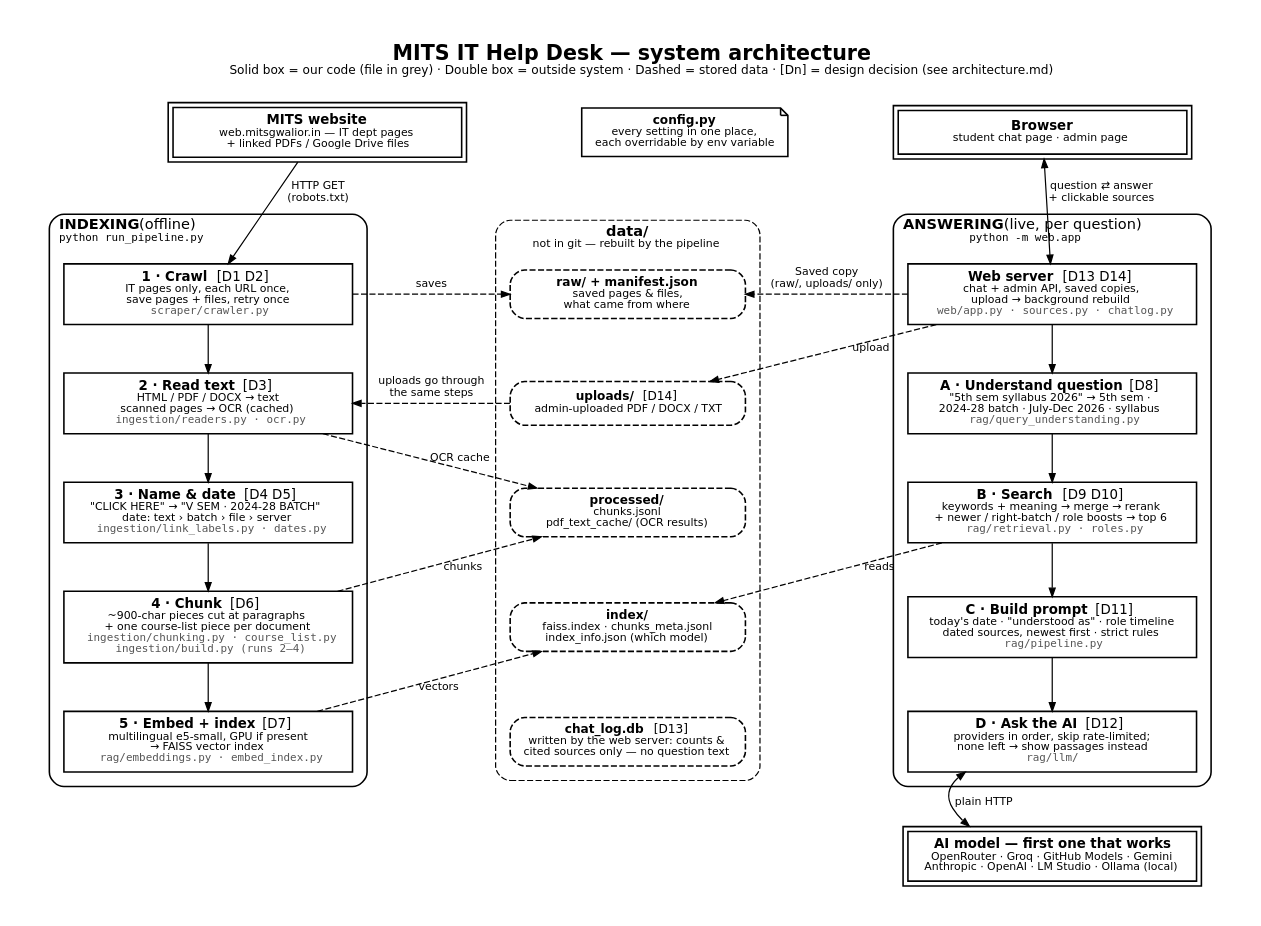
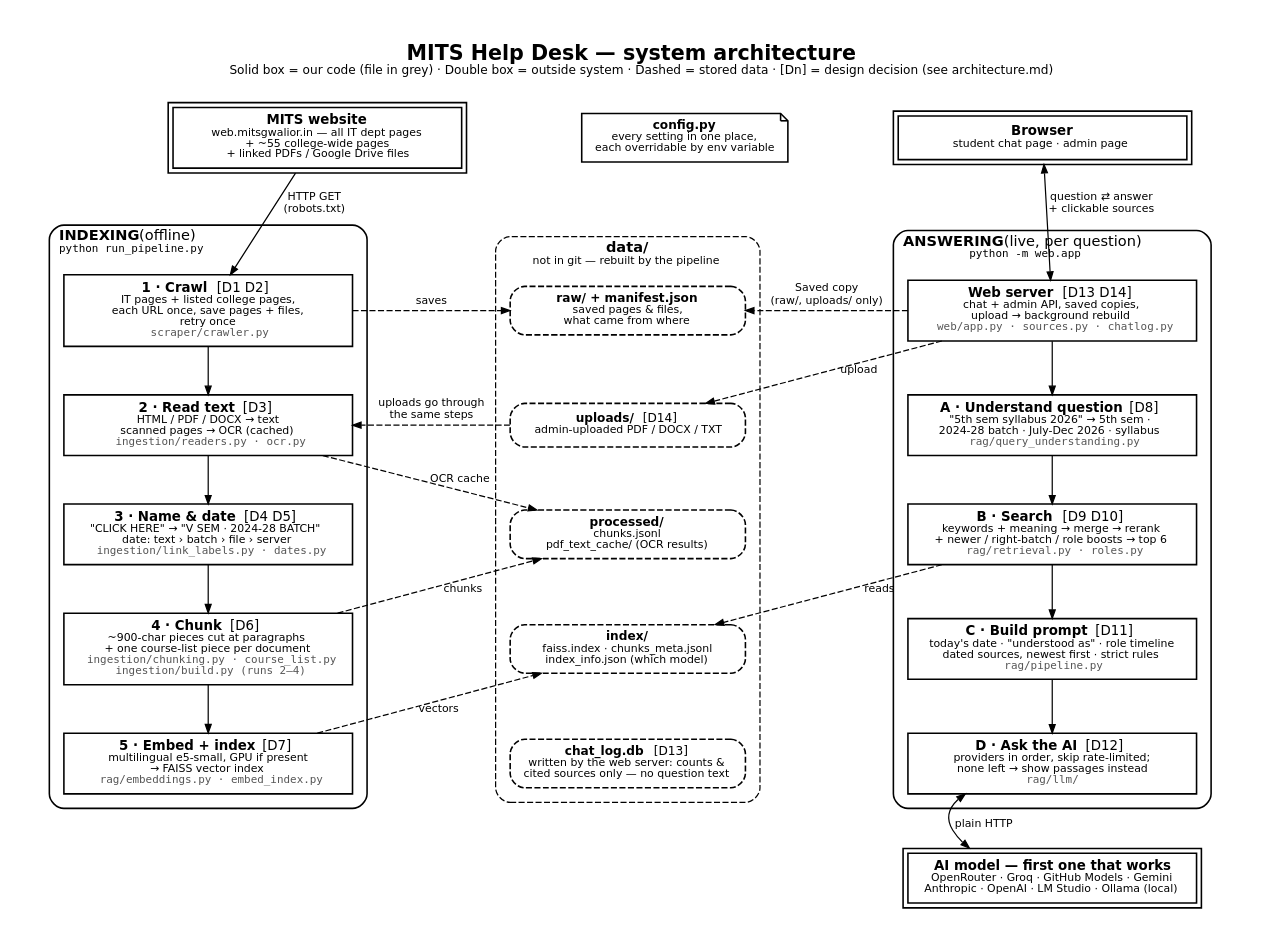
The diagram in docs/architecture/architecture.dot (VaibhavBansa1/Cornerstone-1), drawn with Graphviz before and after one commit. The commit also changed 9 other files, not shown here.

First line of the commit message:
Docs match the build: college-wide scope, D18 (why Python/FAISS, not React/Node/MongoDB/Pinecone), D19 (one session, no accounts), docs/README.md index, old synopsis/slides/diagram moved to docs/archive/

```diff
--- a/docs/architecture/architecture.dot
+++ b/docs/architecture/architecture.dot
@@ -1,81 +1,81 @@
-// System architecture of the MITS IT Help Desk.
+// System architecture of the MITS Help Desk.
 // Render:  dot -Tpng -Gdpi=150 architecture.dot -o architecture.png
 // Read it as three columns: INDEXING (left, offline) fills data/ (middle),
 // ANSWERING (right, live) reads data/. [Dn] = decision, see architecture.md.
 digraph architecture {
   graph [rankdir=TB, fontname="DejaVu Sans", nodesep=0.55, ranksep=0.42, pad=0.35,
          newrank=true, splines=true, bgcolor="white", labelloc=t, fontsize=17,
-         label=<<B>MITS IT Help Desk — system architecture</B><BR/><FONT POINT-SIZE="10">Solid box = our code (file in grey) · Double box = outside system · Dashed = stored data · [Dn] = design decision (see architecture.md)</FONT><BR/> >];
+         label=<<B>MITS Help Desk — system architecture</B><BR/><FONT POINT-SIZE="10">Solid box = our code (file in grey) · Double box = outside system · Dashed = stored data · [Dn] = design decision (see architecture.md)</FONT><BR/> >];
   node  [shape=box, fontname="DejaVu Sans", fontsize=11, color=black, penwidth=1.3,
          style=filled, fillcolor=white, margin="0.15,0.08", width=3.3];
   edge  [fontname="DejaVu Sans", fontsize=9, color=black, arrowsize=0.7];
 
   // ---------- outside systems ----------
-  site      [peripheries=2, label=<<B>MITS website</B><BR/><FONT POINT-SIZE="9">web.mitsgwalior.in — IT dept pages<BR/>+ linked PDFs / Google Drive files</FONT>>];
+  site      [peripheries=2, label=<<B>MITS website</B><BR/><FONT POINT-SIZE="9">web.mitsgwalior.in — all IT dept pages<BR/>+ ~55 college-wide pages<BR/>+ linked PDFs / Google Drive files</FONT>>];
   browser   [peripheries=2, label=<<B>Browser</B><BR/><FONT POINT-SIZE="9">student chat page · admin page</FONT>>];
   providers [peripheries=2, label=<<B>AI model — first one that works</B><BR/><FONT POINT-SIZE="9">OpenRouter · Groq · GitHub Models · Gemini<BR/>Anthropic · OpenAI · LM Studio · Ollama (local)</FONT>>];
 
   // ---------- INDEXING ----------
   subgraph cluster_index {
     label=<<B>INDEXING</B> (offline)<BR/><FONT POINT-SIZE="9" FACE="DejaVu Sans Mono">python run_pipeline.py</FONT>>;
     style=rounded; color=black; penwidth=1.3; fontsize=12; margin=12; labeljust=l;
-    crawl [label=<<B>1 · Crawl</B>   [D1 D2]<BR/><FONT POINT-SIZE="9">IT pages only, each URL once,<BR/>save pages + files, retry once</FONT><BR/><FONT POINT-SIZE="9" COLOR="#555555" FACE="DejaVu Sans Mono">scraper/crawler.py</FONT>>];
+    crawl [label=<<B>1 · Crawl</B>   [D1 D2]<BR/><FONT POINT-SIZE="9">IT pages + listed college pages,<BR/>each URL once, save pages + files,<BR/>retry once</FONT><BR/><FONT POINT-SIZE="9" COLOR="#555555" FACE="DejaVu Sans Mono">scraper/crawler.py</FONT>>];
     read  [label=<<B>2 · Read text</B>   [D3]<BR/><FONT POINT-SIZE="9">HTML / PDF / DOCX → text<BR/>scanned pages → OCR (cached)</FONT><BR/><FONT POINT-SIZE="9" COLOR="#555555" FACE="DejaVu Sans Mono">ingestion/readers.py · ocr.py</FONT>>];
     name  [label=<<B>3 · Name &amp; date</B>   [D4 D5]<BR/><FONT POINT-SIZE="9">"CLICK HERE" → "V SEM · 2024-28 BATCH"<BR/>date: text › batch › file › server</FONT><BR/><FONT POINT-SIZE="9" COLOR="#555555" FACE="DejaVu Sans Mono">ingestion/link_labels.py · dates.py</FONT>>];
     chunk [label=<<B>4 · Chunk</B>   [D6]<BR/><FONT POINT-SIZE="9">~900-char pieces cut at paragraphs<BR/>+ one course-list piece per document</FONT><BR/><FONT POINT-SIZE="9" COLOR="#555555" FACE="DejaVu Sans Mono">ingestion/chunking.py · course_list.py</FONT><BR/><FONT POINT-SIZE="9" COLOR="#555555" FACE="DejaVu Sans Mono">ingestion/build.py (runs 2–4)</FONT>>];
     embed [label=<<B>5 · Embed + index</B>   [D7]<BR/><FONT POINT-SIZE="9">multilingual e5-small, GPU if present<BR/>→ FAISS vector index</FONT><BR/><FONT POINT-SIZE="9" COLOR="#555555" FACE="DejaVu Sans Mono">rag/embeddings.py · embed_index.py</FONT>>];
     crawl -> read -> name -> chunk -> embed [weight=10];
   }
 
   // ---------- data/ ----------
   subgraph cluster_data {
     label=<<B>data/</B><BR/><FONT POINT-SIZE="9">not in git — rebuilt by the pipeline</FONT>>;
     style="rounded,dashed"; color=black; fontsize=12; margin=12;
     node [style="rounded,dashed,filled", width=2.7, fontsize=10];
     d_raw   [label=<<B>raw/ + manifest.json</B><BR/><FONT POINT-SIZE="9">saved pages &amp; files,<BR/>what came from where</FONT>>];
     d_up    [label=<<B>uploads/</B>   [D14]<BR/><FONT POINT-SIZE="9">admin-uploaded PDF / DOCX / TXT</FONT>>];
     d_proc  [label=<<B>processed/</B><BR/><FONT POINT-SIZE="9">chunks.jsonl<BR/>pdf_text_cache/ (OCR results)</FONT>>];
     d_index [label=<<B>index/</B><BR/><FONT POINT-SIZE="9">faiss.index · chunks_meta.jsonl<BR/>index_info.json (which model)</FONT>>];
     d_log   [label=<<B>chat_log.db</B>   [D13]<BR/><FONT POINT-SIZE="9">written by the web server: counts &amp;<BR/>cited sources only — no question text</FONT>>];
     d_raw -> d_up -> d_proc -> d_index -> d_log [style=invis, weight=10];
   }
 
   // ---------- ANSWERING ----------
   subgraph cluster_answer {
     label=<<B>ANSWERING</B> (live, per question)<BR/><FONT POINT-SIZE="9" FACE="DejaVu Sans Mono">python -m web.app</FONT>>;
     style=rounded; color=black; penwidth=1.3; fontsize=12; margin=12; labeljust=l;
     app    [label=<<B>Web server</B>   [D13 D14]<BR/><FONT POINT-SIZE="9">chat + admin API, saved copies,<BR/>upload → background rebuild</FONT><BR/><FONT POINT-SIZE="9" COLOR="#555555" FACE="DejaVu Sans Mono">web/app.py · sources.py · chatlog.py</FONT>>];
     under  [label=<<B>A · Understand question</B>   [D8]<BR/><FONT POINT-SIZE="9">"5th sem syllabus 2026" → 5th sem ·<BR/>2024-28 batch · July-Dec 2026 · syllabus</FONT><BR/><FONT POINT-SIZE="9" COLOR="#555555" FACE="DejaVu Sans Mono">rag/query_understanding.py</FONT>>];
     search [label=<<B>B · Search</B>   [D9 D10]<BR/><FONT POINT-SIZE="9">keywords + meaning → merge → rerank<BR/>+ newer / right-batch / role boosts → top 6</FONT><BR/><FONT POINT-SIZE="9" COLOR="#555555" FACE="DejaVu Sans Mono">rag/retrieval.py · roles.py</FONT>>];
     prompt [label=<<B>C · Build prompt</B>   [D11]<BR/><FONT POINT-SIZE="9">today's date · "understood as" · role timeline<BR/>dated sources, newest first · strict rules</FONT><BR/><FONT POINT-SIZE="9" COLOR="#555555" FACE="DejaVu Sans Mono">rag/pipeline.py</FONT>>];
     llm    [label=<<B>D · Ask the AI</B>   [D12]<BR/><FONT POINT-SIZE="9">providers in order, skip rate-limited;<BR/>none left → show passages instead</FONT><BR/><FONT POINT-SIZE="9" COLOR="#555555" FACE="DejaVu Sans Mono">rag/llm/</FONT>>];
     app -> under -> search -> prompt -> llm [weight=10];
   }
 
   cfg [shape=note, width=2.2, fontsize=10, label=<<B>config.py</B><BR/><FONT POINT-SIZE="9">every setting in one place,<BR/>each overridable by env variable</FONT>>];
 
   // ---------- rows: matching steps side by side ----------
   { rank=same; site; cfg; browser; }
   { rank=same; crawl; d_raw; app; }
   { rank=same; read; d_up; under; }
   { rank=same; name; d_proc; search; }
   { rank=same; chunk; d_index; prompt; }
   { rank=same; embed; d_log; llm; }
   site -> cfg -> browser [style=invis];
   crawl -> d_raw -> app [style=invis];
 
   // ---------- data flow ----------
   site    -> crawl  [label=" HTTP GET\n (robots.txt)"];
   browser -> app    [dir=both, label=" question ⇄ answer\n + clickable sources"];
   llm     -> providers [dir=both, label=" plain HTTP"];
   crawl   -> d_raw  [style=dashed, constraint=false, label="saves"];
   d_up    -> read   [style=dashed, constraint=false, label="uploads go through\nthe same steps"];
   read    -> d_proc [style=dashed, constraint=false, label="OCR cache"];
   chunk   -> d_proc [style=dashed, constraint=false, label="chunks"];
   embed   -> d_index[style=dashed, constraint=false, label="vectors"];
   app     -> d_raw  [style=dashed, constraint=false, label="Saved copy\n(raw/, uploads/ only)"];
   app     -> d_up   [style=dashed, constraint=false, label="upload"];
   search  -> d_index[style=dashed, constraint=false, label="reads"];
   providers [group=a];
   llm -> providers [style=invis, weight=5];
 }
```
